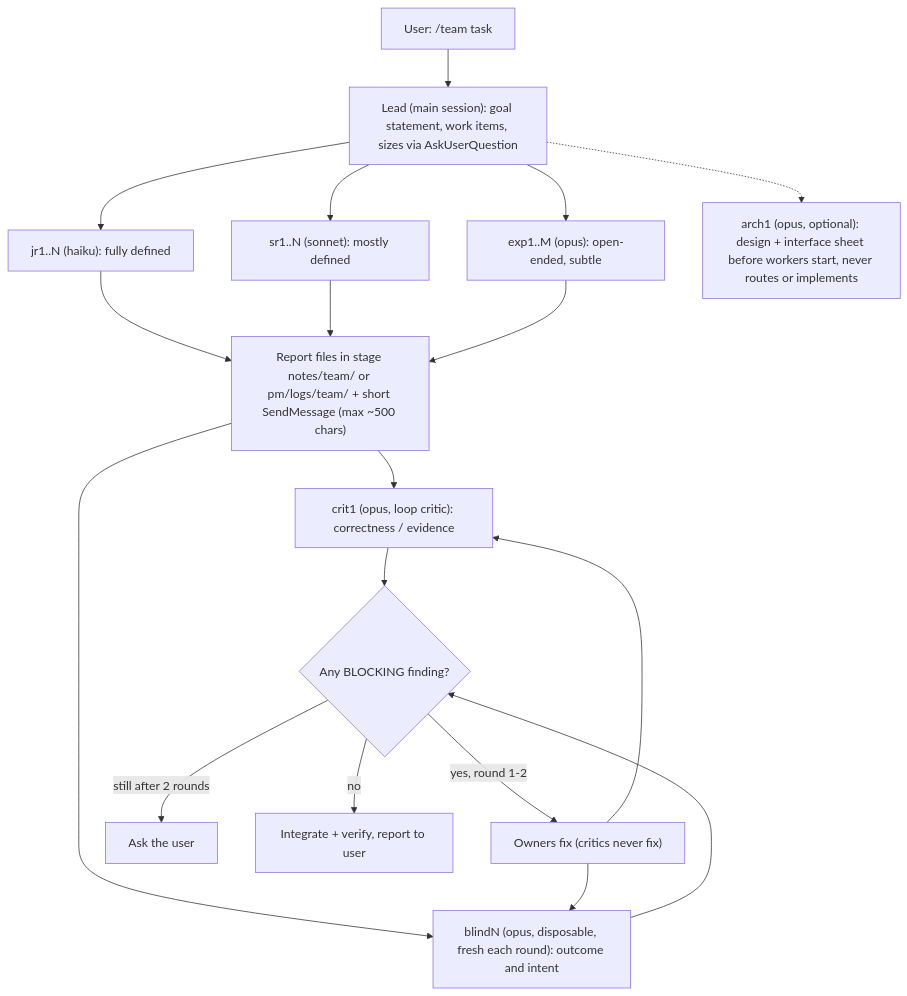
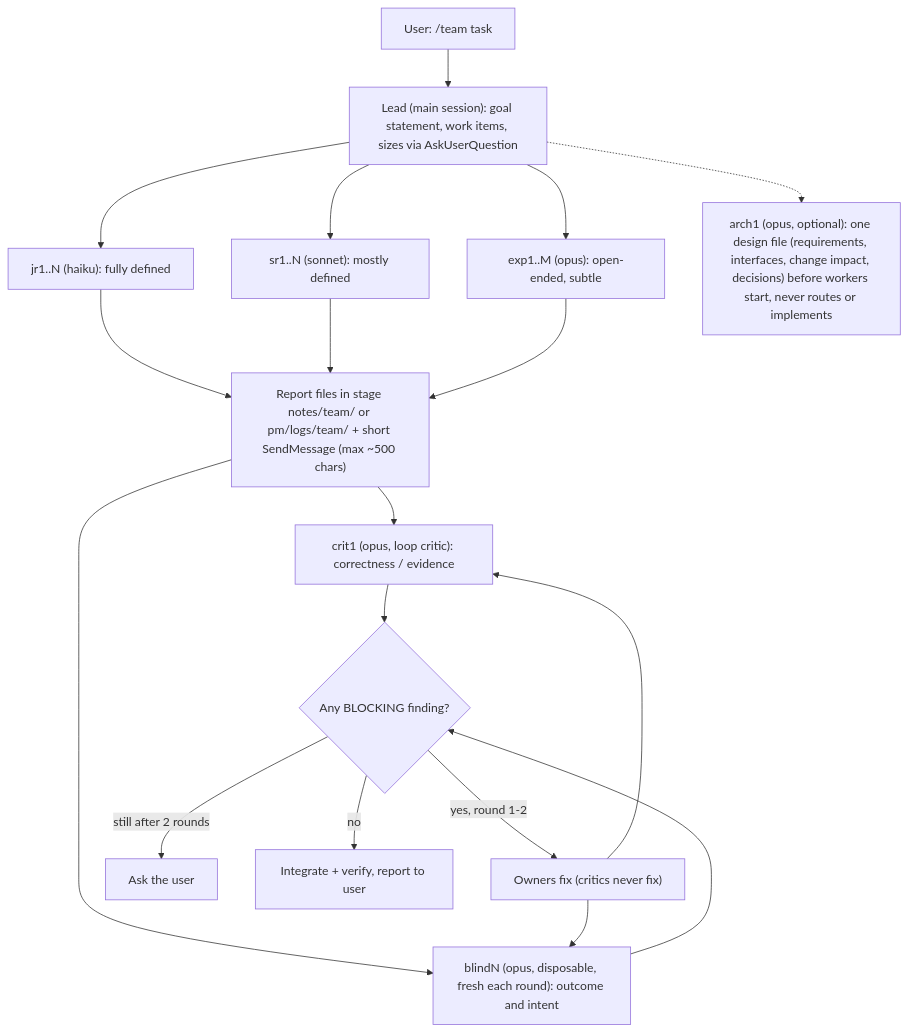
The fourth of 5 diagrams in README.md (xylophoneengine/research-kit), drawn with Mermaid before and after one commit. The commit also changed 6 other files, not shown here.

Commit message:
ledger: reason field on drop, close and reopen; architect brief: owner column, unchecked rules; texts aligned

````diff
--- a/README.md
+++ b/README.md
@@ -405,20 +405,20 @@
 ```mermaid
 flowchart TD
   U["User: /team task"] --> L["Lead (main session): goal statement, work items, sizes via AskUserQuestion"]
   L --> J["jr1..N (haiku): fully defined"]
   L --> S["sr1..N (sonnet): mostly defined"]
   L --> E["exp1..M (opus): open-ended, subtle"]
   J --> R["Report files in stage notes/team/ or pm/logs/team/ + short SendMessage (max ~500 chars)"]
   S --> R
   E --> R
-  L -.-> A["arch1 (opus, optional): design + interface sheet before workers start, never routes or implements"]
+  L -.-> A["arch1 (opus, optional): one design file (requirements, interfaces, change impact, decisions) before workers start, never routes or implements"]
   R --> C1["crit1 (opus, loop critic): correctness / evidence"]
   R --> C2["blindN (opus, disposable, fresh each round): outcome and intent"]
   C1 --> V{"Any BLOCKING finding?"}
   C2 --> V
   V -- "yes, round 1-2" --> F["Owners fix (critics never fix)"]
   F --> C1
   F --> C2
   V -- "still after 2 rounds" --> Q["Ask the user"]
   V -- "no" --> I["Integrate + verify, report to user"]
 ```
````
